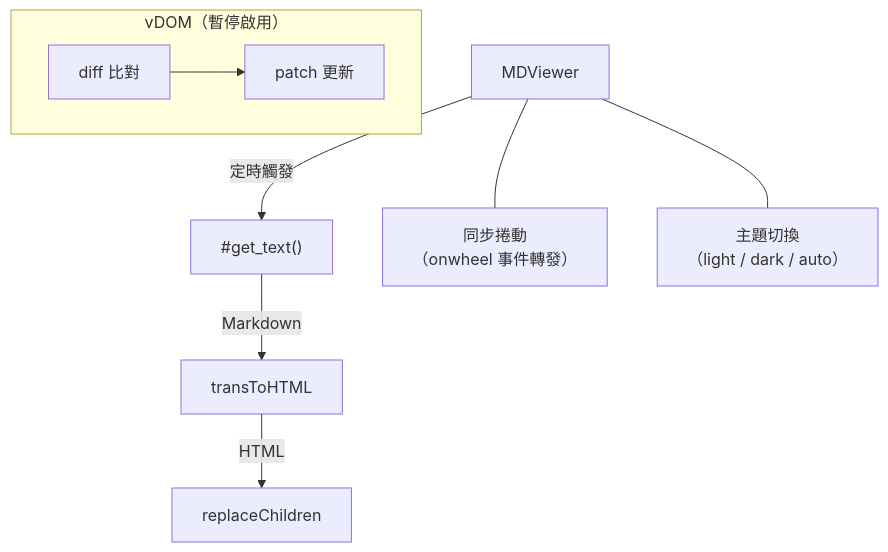
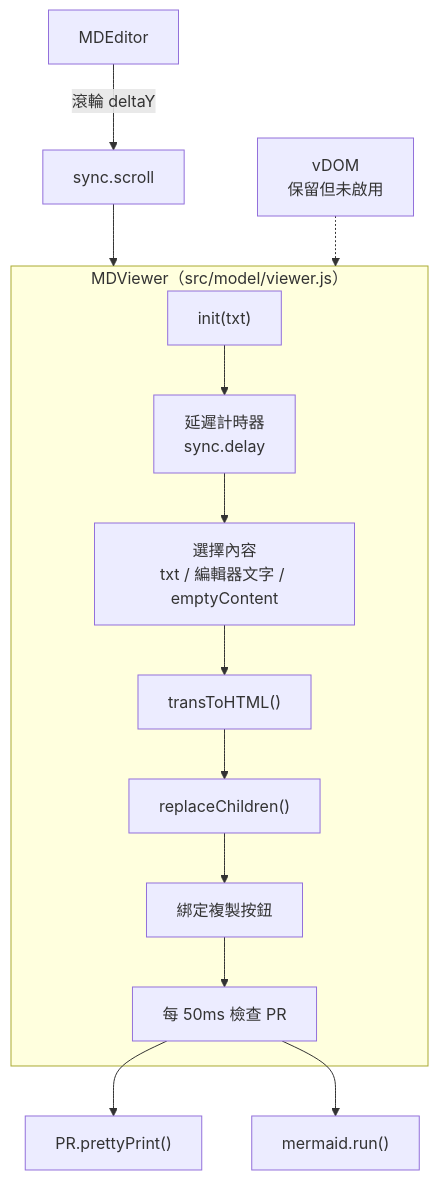
Before and after one commit to pardnchiu/NanoMD: the third of 7 diagrams in doc/architecture.zh.md, drawn with Mermaid. The commit also changed other lines of this file and 8 other files, not shown here.

````diff
--- a/doc/architecture.zh.md
+++ b/doc/architecture.zh.md
@@ -60,15 +54,19 @@
 ```mermaid
 graph TB
-    Viewer[MDViewer]
-    Viewer -->|"定時觸發"| GetText["#get_text()"]
-    GetText -->|"Markdown"| Trans[transToHTML]
-    Trans -->|"HTML"| Render[replaceChildren]
-    Viewer --- Scroll["同步捲動<br/>（onwheel 事件轉發）"]
-    Viewer --- Theme["主題切換<br/>（light / dark / auto）"]
-
-    subgraph VDOM["vDOM（暫停啟用）"]
-        Diff["diff 比對"]
-        Patch["patch 更新"]
-        Diff --> Patch
+    subgraph MDViewer["MDViewer（src/model/viewer.js）"]
+        Init["init(txt)"]
+        Timer[延遲計時器<br/>sync.delay]
+        Pick[選擇內容<br/>txt / 編輯器文字 / emptyContent]
+        Replace["replaceChildren()"]
+        Copy[綁定複製按鈕]
+        Poll[每 50ms 檢查 PR]
+        Init --> Timer --> Pick
+        Pick --> Trans["transToHTML()"]
+        Trans --> Replace --> Copy --> Poll
     end
+    Editor[MDEditor] -->|滾輪 deltaY| Scroll[sync.scroll]
+    Scroll --> MDViewer
+    Poll --> PR["PR.prettyPrint()"]
+    Poll --> Mermaid["mermaid.run()"]
+    VDOM[vDOM<br/>保留但未啟用] -.-> MDViewer
 ```
````
